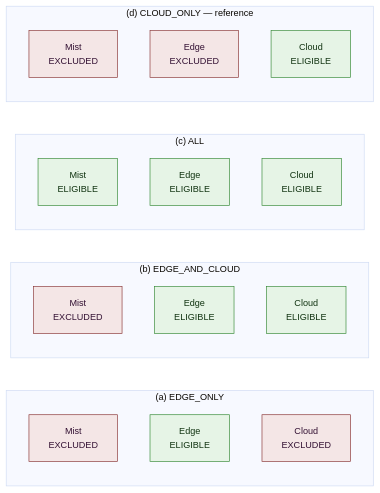
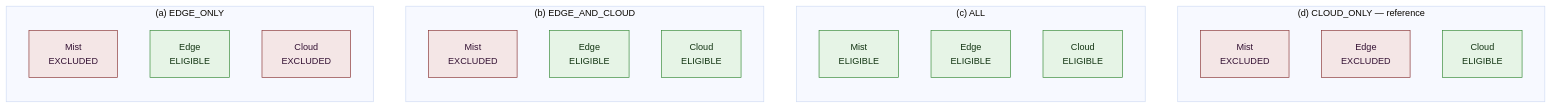
The diagram in crosssim/diagrams/deployments.mmd (CharafeddineMechalikh/PureEdgeSim), drawn with Mermaid before and after one commit. The commit also changed 52 other files, not shown here.

```diff
--- a/crosssim/diagrams/deployments.mmd
+++ b/crosssim/diagrams/deployments.mmd
@@ -1,24 +1,25 @@
 %%{init: {'theme':'base','themeVariables':{'fontFamily':'serif','fontSize':'14px','lineColor':'#333333'}}}%%
 flowchart LR
     subgraph A["(a) EDGE_ONLY"]
         A1["Mist<br/>EXCLUDED"]:::off
         A2["Edge<br/>ELIGIBLE"]:::on
         A3["Cloud<br/>EXCLUDED"]:::off
     end
     subgraph B["(b) EDGE_AND_CLOUD"]
         B1["Mist<br/>EXCLUDED"]:::off
         B2["Edge<br/>ELIGIBLE"]:::on
         B3["Cloud<br/>ELIGIBLE"]:::on
     end
     subgraph C["(c) ALL"]
         C1["Mist<br/>ELIGIBLE"]:::on
         C2["Edge<br/>ELIGIBLE"]:::on
         C3["Cloud<br/>ELIGIBLE"]:::on
     end
     subgraph D["(d) CLOUD_ONLY — reference"]
         D1["Mist<br/>EXCLUDED"]:::off
         D2["Edge<br/>EXCLUDED"]:::off
         D3["Cloud<br/>ELIGIBLE"]:::on
     end
     classDef on fill:#e6f4e6,stroke:#383,color:#131
     classDef off fill:#f4e6e6,stroke:#833,color:#313
+    A ~~~ B ~~~ C ~~~ D
```
